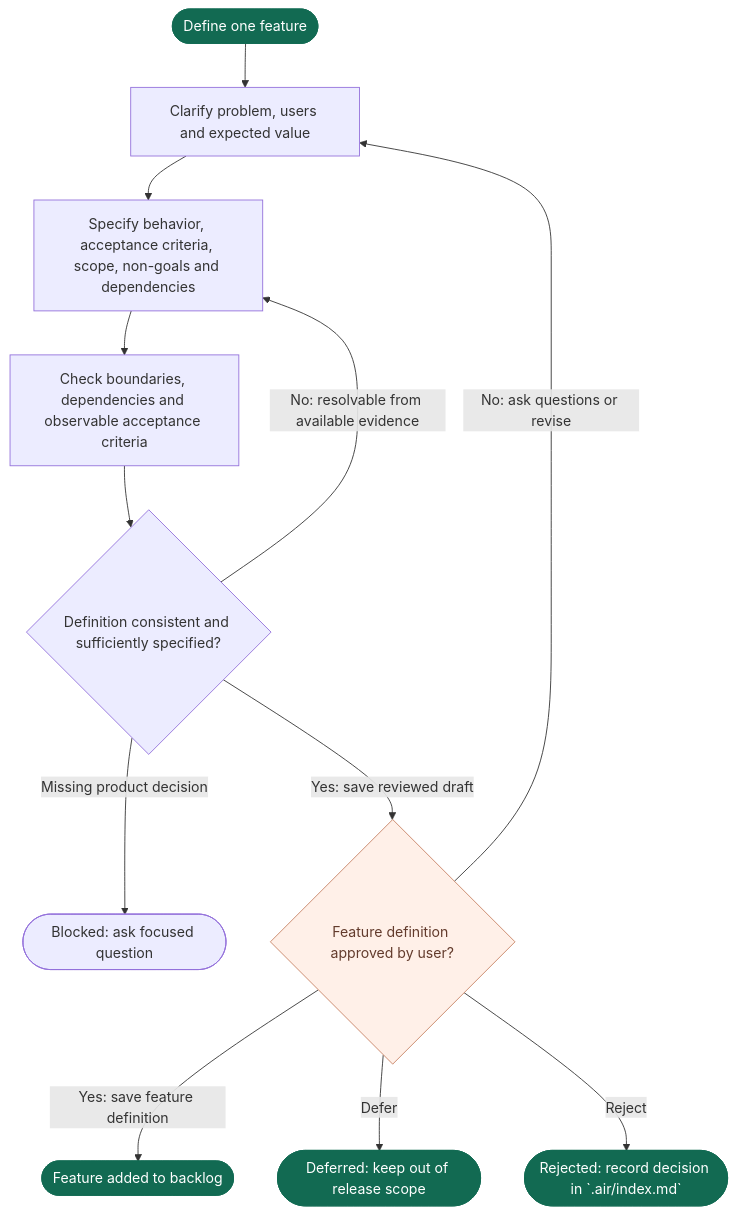
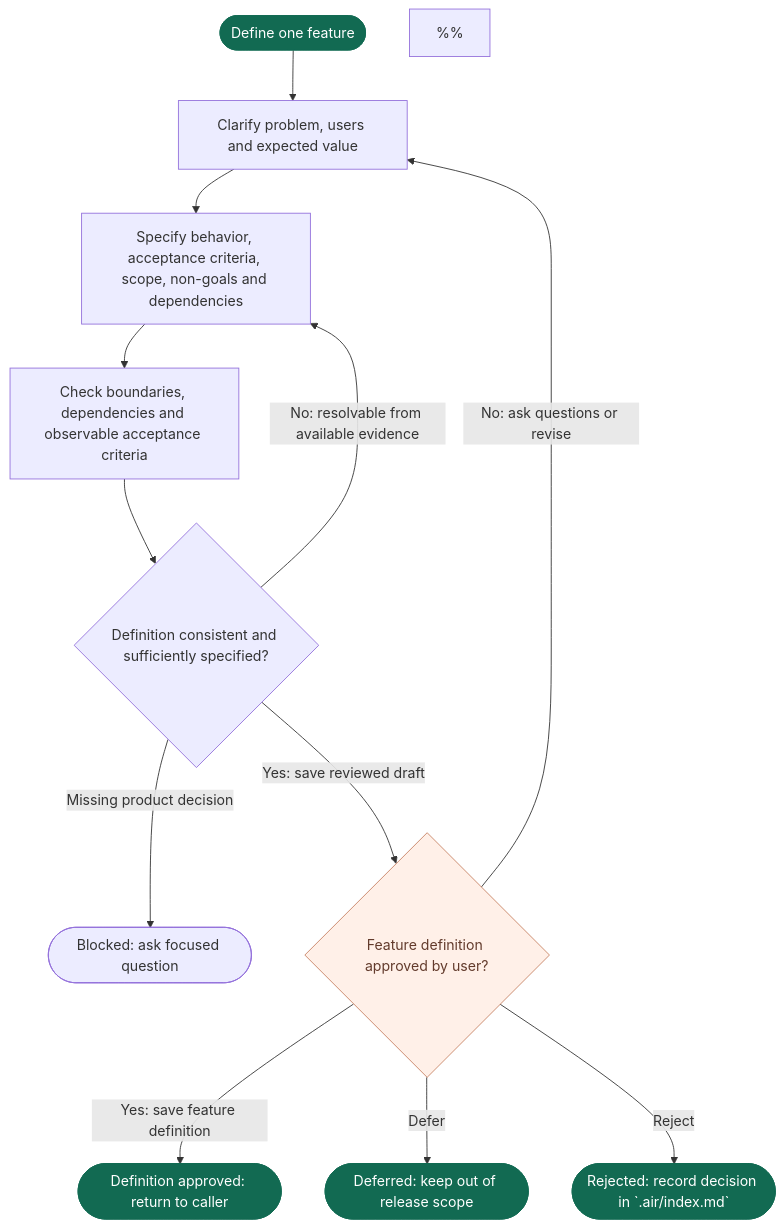
Before and after one commit to vanlangenlabs/vanlangenlabs-site: the diagram in docs/airflow/flows/definition.mmd, drawn with Mermaid. The commit also changed 14 other files, not shown here.

Commit message:
refactor(airflow): keep phase rules in Mermaid sources

```diff
--- a/docs/airflow/flows/definition.mmd
+++ b/docs/airflow/flows/definition.mmd
@@ -1,34 +1,45 @@
 flowchart TD
     start([Define one feature]) --> clarify[Clarify problem, users and expected value]
     clarify --> specify[Specify behavior, acceptance criteria, scope, non-goals and dependencies]
 %% @airflow-context specify
 %% Write one independently deliverable feature Definition using the canonical
-%% template in the record contract. Make acceptance criteria observable and
+%% record outline below. Make acceptance criteria observable and
 %% testable; record dependencies, constraints, non-goals and unresolved questions.
+%%
+%% Record path: `.air/features/<feature-id>/definition.md`.
+%% Record outline: Proposal source; Problem and user outcome; In scope; Out of scope; Acceptance criteria; Dependencies and constraints; Open questions; Decisions and evidence.
+%% Mutable statuses belong in the index. Example IDs and versions are placeholders.
 %% @end-airflow-context
     specify --> review[Check boundaries, dependencies and observable acceptance criteria]
     review --> quality{Definition consistent and sufficiently specified?}
     quality -- No: resolvable from available evidence --> specify
     quality -- Missing product decision --> blocked([Blocked: ask focused question])
     quality -- Yes: save reviewed draft --> definitionApproval{Feature definition approved by user?}
 %% @airflow-context review
 %% Resolve omissions from existing approved context where possible. Ensure each
 %% acceptance criterion is observable, scope/non-goals agree, dependencies are
 %% explicit and no unresolved question prevents design. Never invent requirements
 %% or ask the human to perform this completeness check for the AI.
 %% @end-airflow-context
     definitionApproval -- No: ask questions or revise --> clarify
-    definitionApproval -- Yes: save feature definition --> definitionReady([Feature added to backlog])
+    definitionApproval -- Yes: save feature definition --> definitionReady([Definition approved: return to caller])
     definitionApproval -- Defer --> deferred([Deferred: keep out of release scope])
     definitionApproval -- Reject --> rejected([Rejected: record decision in `.air/index.md`])
 %% @airflow-context definitionApproval
-%% Only an explicit user decision moves a feature into the approved backlog. Bind
+%% Initial approval permits backlog entry; revised approval restores selected
+%% status only with valid scope membership, using Project impact rules. Bind
 %% approval to the exact Definition digest and record its evidence in `.air/index.md`
-%% using the contract's Approval evidence section. Defer/reject decisions are
+%% using the global Approval evidence section. Defer/reject decisions are
 %% recorded but never included in a release scope.
+%%
+%% Feature transitions owned by this phase:
+%% - `clarifying` -> `backlog`: Human approves the exact Definition; no valid active release membership remains.
+%% - `clarifying` -> `selected`: Revised Definition approved; feature remains in a valid approved scope. Revalidate dependent Design before work.
+%% - `clarifying` -> `deferred` / `rejected`: Explicit human decision; unapproved Definition stays `draft`. Re-scope any containing release before continuing.
+%% - `backlog` / `selected` / `implementing` / `verifying` / `verified` -> `clarifying`: Material Definition change; invalidate its approval and assess dependent scope/Design/checks.
 %% @end-airflow-context
 
     classDef boundary fill:#126a52,color:#ffffff,stroke:#126a52
     classDef approval fill:#fff0e8,color:#633b2c,stroke:#c68162
     class start,definitionReady,deferred,rejected boundary
     class definitionApproval approval
```
